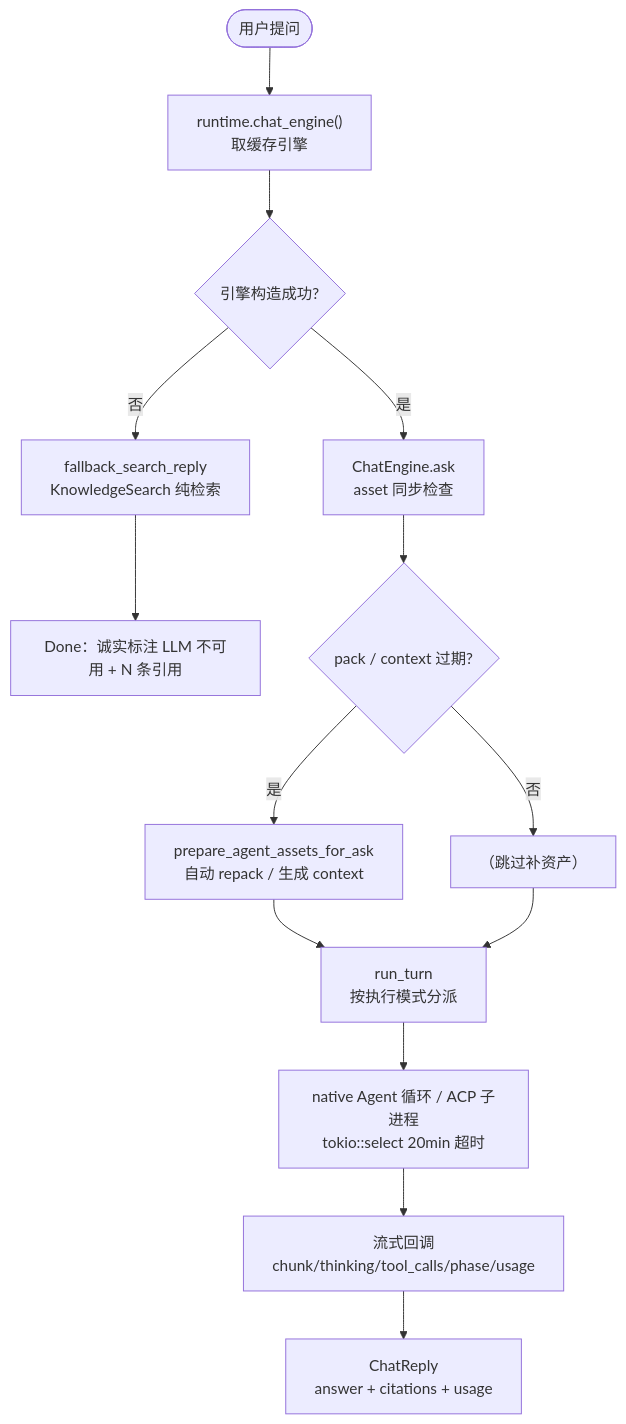
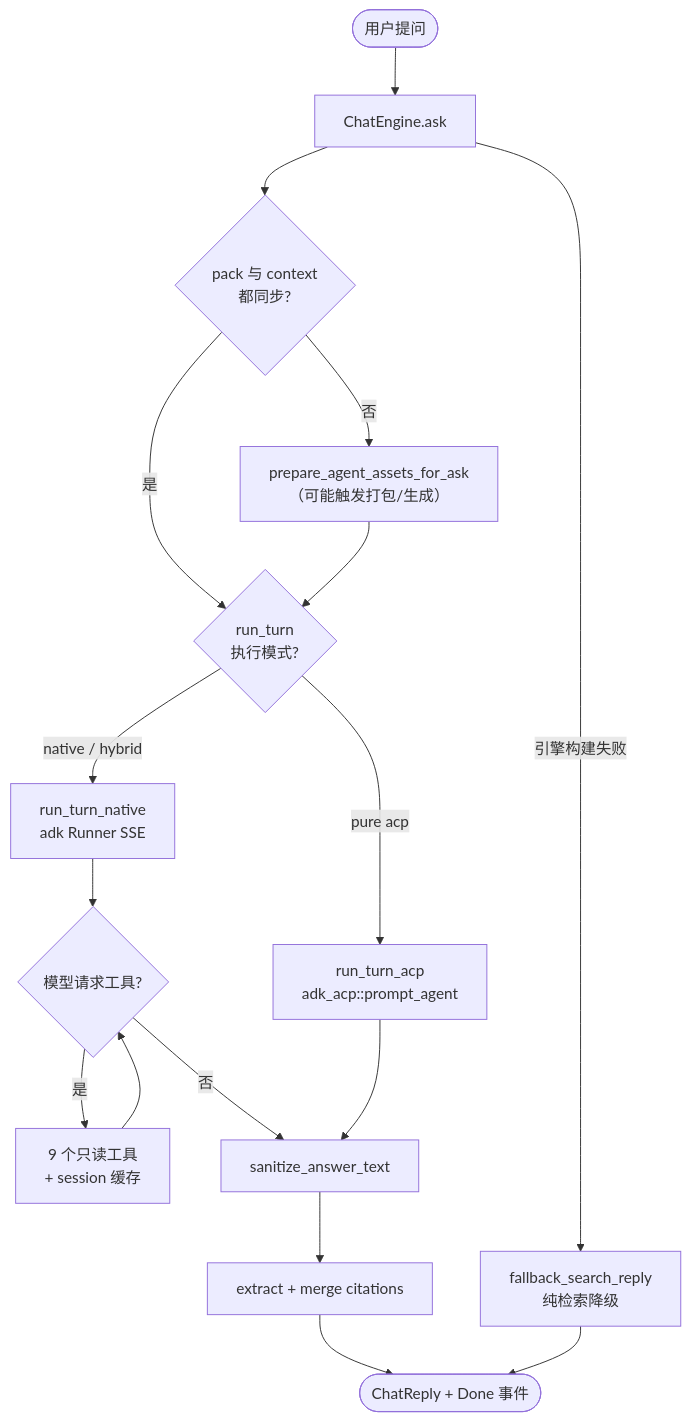
The sixth of 11 diagrams in .terrain/human/3.工作流.md (sopaco/terrain), drawn with Mermaid before and after one commit. The commit also changed other lines of this file and 39 other files, not shown here.

````diff
--- a/.terrain/human/3.工作流.md
+++ b/.terrain/human/3.工作流.md
@@ -180,16 +189,19 @@
 ```mermaid
 flowchart TD
-    Start([用户提问]) --> A["runtime.chat_engine()<br/>取缓存引擎"]
-    A --> DecEng{"引擎构造成功?"}
-    DecEng -- 否 --> B["fallback_search_reply<br/>KnowledgeSearch 纯检索"]
-    B --> B2["Done：诚实标注 LLM 不可用 + N 条引用"]
-    DecEng -- 是 --> C["ChatEngine.ask<br/>asset 同步检查"]
-    C --> D{"pack / context 过期?"}
-    D -- 是 --> D2["prepare_agent_assets_for_ask<br/>自动 repack / 生成 context"]
-    D -- 否 --> D3["（跳过补资产）"]
-    D2 --> E["run_turn<br/>按执行模式分派"]
-    D3 --> E
-    E --> F["native Agent 循环 / ACP 子进程<br/>tokio::select 20min 超时"]
-    F --> G["流式回调<br/>chunk/thinking/tool_calls/phase/usage"]
-    G --> H["ChatReply<br/>answer + citations + usage"]
+    Start([用户提问]) --> Check["ChatEngine.ask"]
+    Check --> Sync{"pack 与 context<br/>都同步?"}
+    Sync -->|否| Prep["prepare_agent_assets_for_ask<br/>（可能触发打包/生成）"]
+    Sync -->|是| Turn
+    Prep --> Turn{"run_turn<br/>执行模式?"}
+    Turn -->|pure acp| Acp["run_turn_acp<br/>adk_acp::prompt_agent"]
+    Turn -->|native / hybrid| Nat["run_turn_native<br/>adk Runner SSE"]
+    Nat --> Loop{"模型请求工具?"}
+    Loop -->|是| Tool["9 个只读工具<br/>+ session 缓存"]
+    Tool --> Loop
+    Loop -->|否| Clean
+    Acp --> Clean["sanitize_answer_text"]
+    Clean --> Cite["extract + merge citations"]
+    Cite --> Reply([ChatReply + Done 事件])
+    Check -->|引擎构建失败| Fallback["fallback_search_reply<br/>纯检索降级"]
+    Fallback --> Reply
 ```
````
